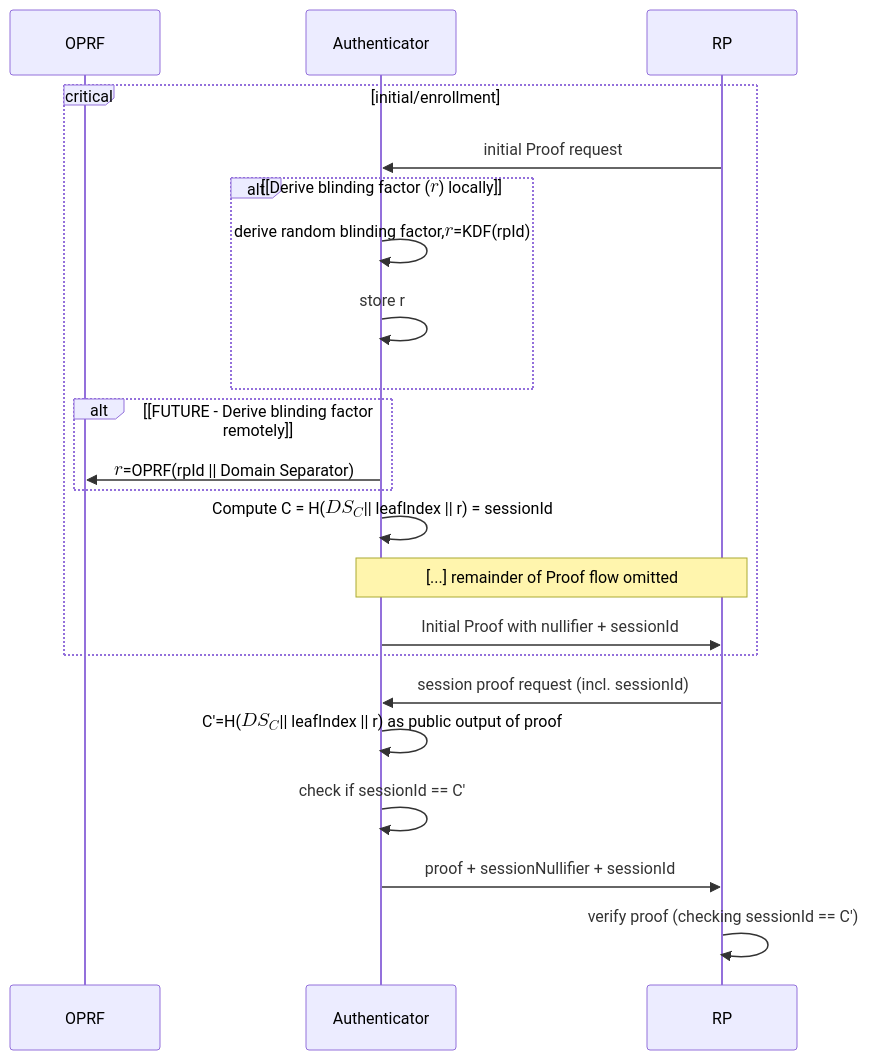
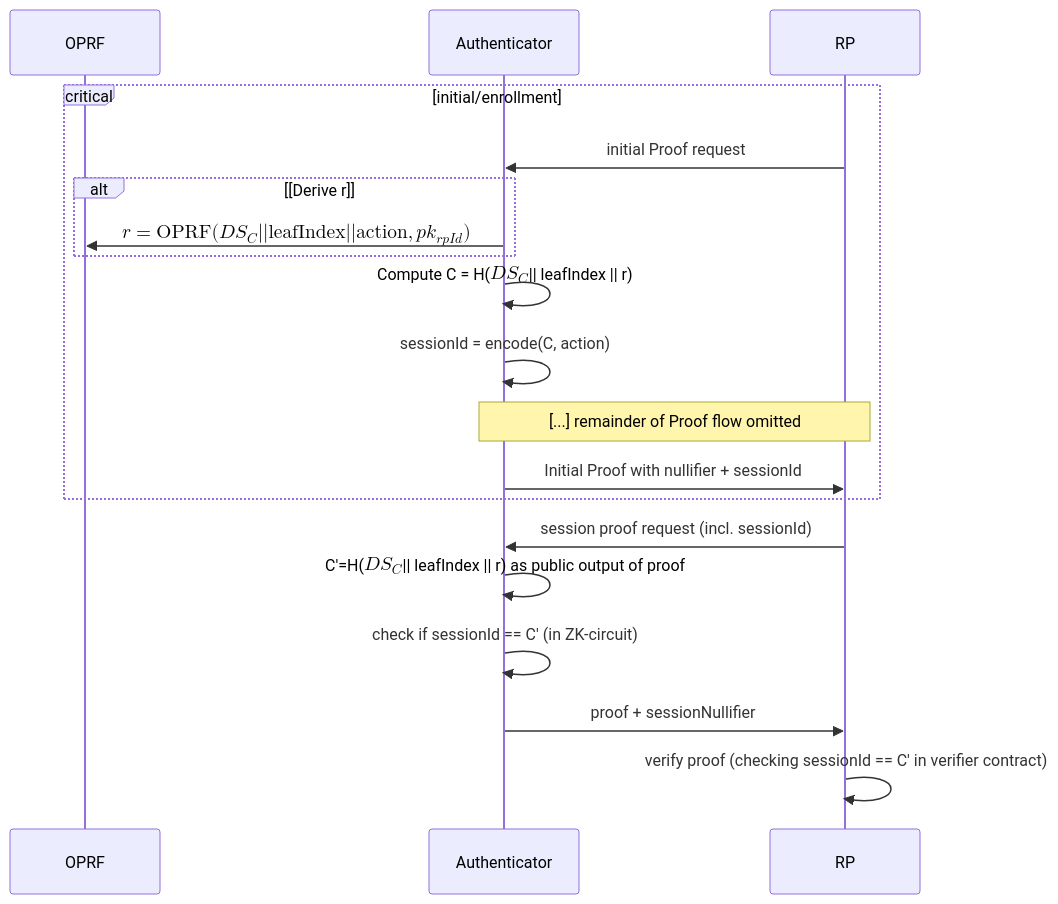
Before and after one commit to worldcoin/world-id-protocol: the second of 2 diagrams in docs/world-id-4-specs/README.md, drawn with Mermaid. The commit also changed other lines of this file and 7 other files, not shown here.

````diff
--- a/docs/world-id-4-specs/README.md
+++ b/docs/world-id-4-specs/README.md
@@ -251,28 +251,24 @@
 ```mermaid
 sequenceDiagram
 participant o as OPRF
 participant a as Authenticator
 participant rp as RP
 
 critical initial/enrollment
 rp ->> a: initial Proof request
-alt [Derive blinding factor ($$r$$) locally]
-a->>a: derive random blinding factor, $$r$$=KDF(rpId)
-a->>a: store r
+alt [Derive r]
+a->>o: $$r=\texttt{OPRF}(DS_C || \texttt{leafIndex} || \texttt{action}, pk_{rpId})$$
 end
-alt [FUTURE - Derive blinding factor remotely]
-a->>o: $$r$$=OPRF(rpId || Domain Separator)
-end
-a->>a: Compute C = H($$DS_C$$ || leafIndex || r) = sessionId
+a->>a: Compute C = H($$DS_C$$ || leafIndex || r)
+a->>a: sessionId = encode(C, action)
 Note over a, rp: [...] remainder of Proof flow omitted
 a ->> rp: Initial Proof with nullifier + sessionId
 end
 
 rp->>a: session proof request (incl. sessionId)
 
 a->>a: C'=H($$DS_C$$ || leafIndex || r) as public output of proof
-a->>a: check if sessionId == C'
-a->>rp: proof + sessionNullifier + sessionId
-rp->>rp: verify proof (checking sessionId == C')
-
+a->>a: check if sessionId == C' (in ZK-circuit)
+a->>rp: proof + sessionNullifier
+rp->>rp: verify proof (checking sessionId == C' in verifier contract)
 ```
````
